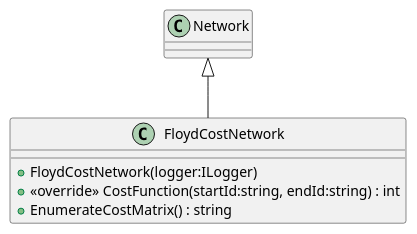
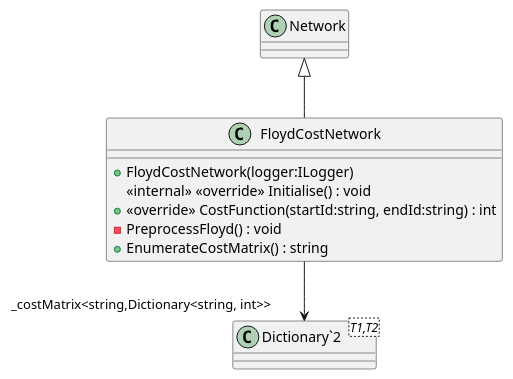
Before and after one commit to Liftyee/london-tube-navigator: the diagram in TubeChallengeRouter/puml/TransportNetwork/FloydCostNetwork.puml, drawn with PlantUML. The commit also changed 36 other files, not shown here.

Commit message:
regenerate uml

```diff
--- a/TubeChallengeRouter/puml/TransportNetwork/FloydCostNetwork.puml
+++ b/TubeChallengeRouter/puml/TransportNetwork/FloydCostNetwork.puml
@@ -1,8 +1,13 @@
 @startuml
 class FloydCostNetwork {
     + FloydCostNetwork(logger:ILogger)
+    <<internal>> <<override>> Initialise() : void
     + <<override>> CostFunction(startId:string, endId:string) : int
+    - PreprocessFloyd() : void
     + EnumerateCostMatrix() : string
 }
+class "Dictionary`2"<T1,T2> {
+}
 Network <|-- FloydCostNetwork
+FloydCostNetwork --> "_costMatrix<string,Dictionary<string, int>>" "Dictionary`2"
 @enduml
```
